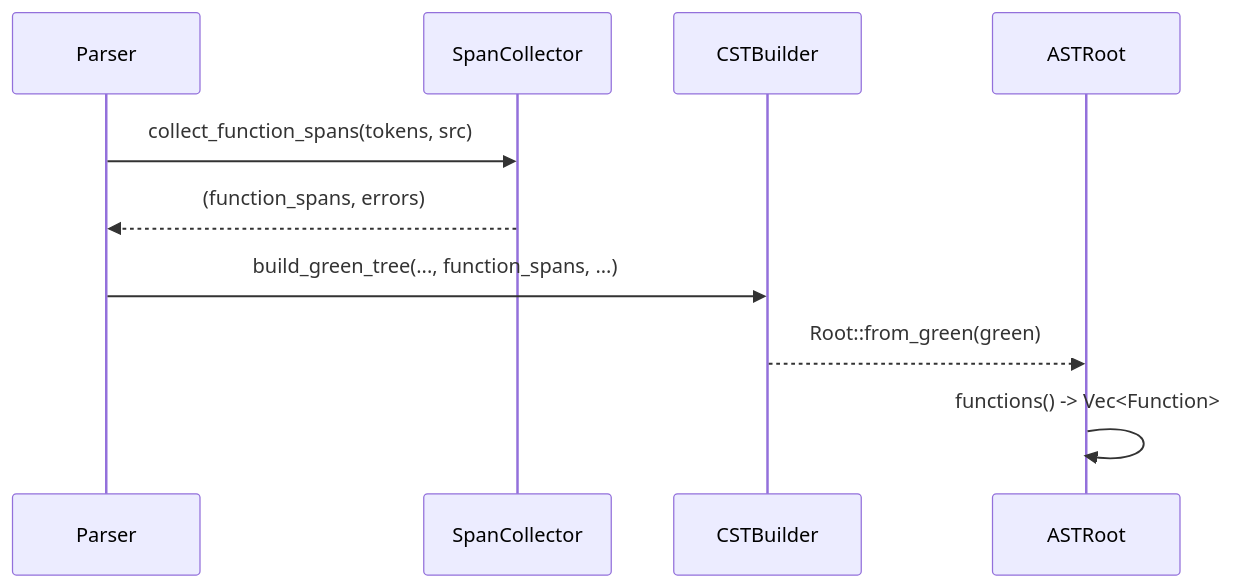
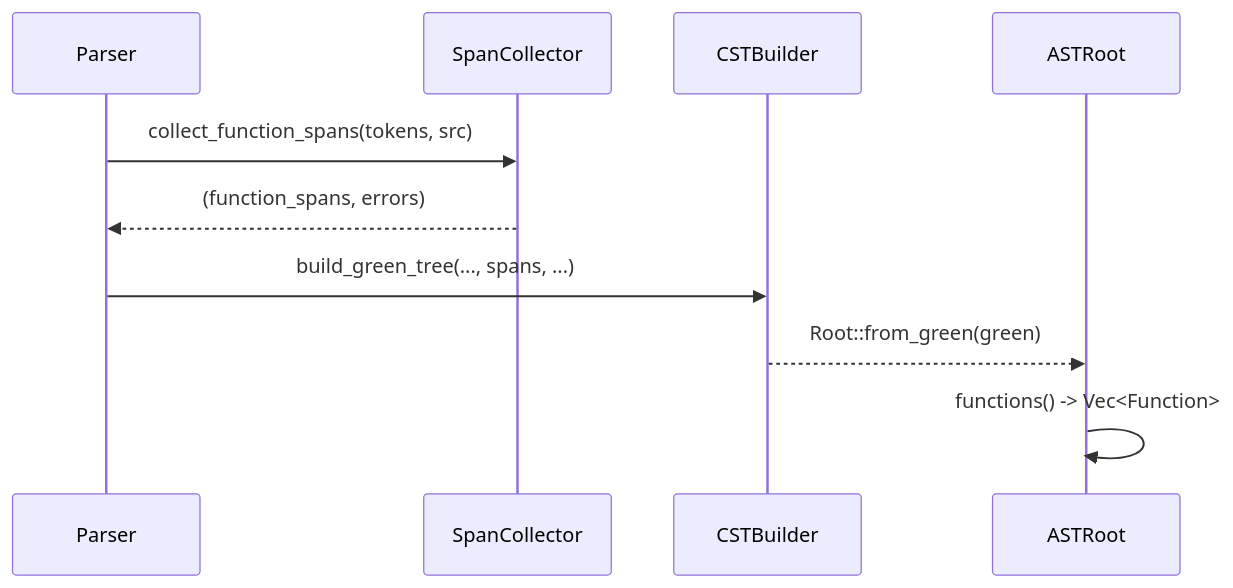
Before and after one commit to leynos/ddlint: the second of 2 diagrams in docs/parser-plan.md, drawn with Mermaid. The commit also changed 1 other file, not shown here.

Commit message:
Refactor parser span handling

````diff
--- a/docs/parser-plan.md
+++ b/docs/parser-plan.md
@@ -70,12 +70,12 @@
 ```mermaid
 sequenceDiagram
     participant Parser
     participant SpanCollector
     participant CSTBuilder
     participant ASTRoot
     Parser->>SpanCollector: collect_function_spans(tokens, src)
     SpanCollector-->>Parser: (function_spans, errors)
-    Parser->>CSTBuilder: build_green_tree(..., function_spans, ...)
+    Parser->>CSTBuilder: build_green_tree(..., spans, ...)
     CSTBuilder-->>ASTRoot: Root::from_green(green)
     ASTRoot->>ASTRoot: functions() -> Vec<Function>
 ```
````
